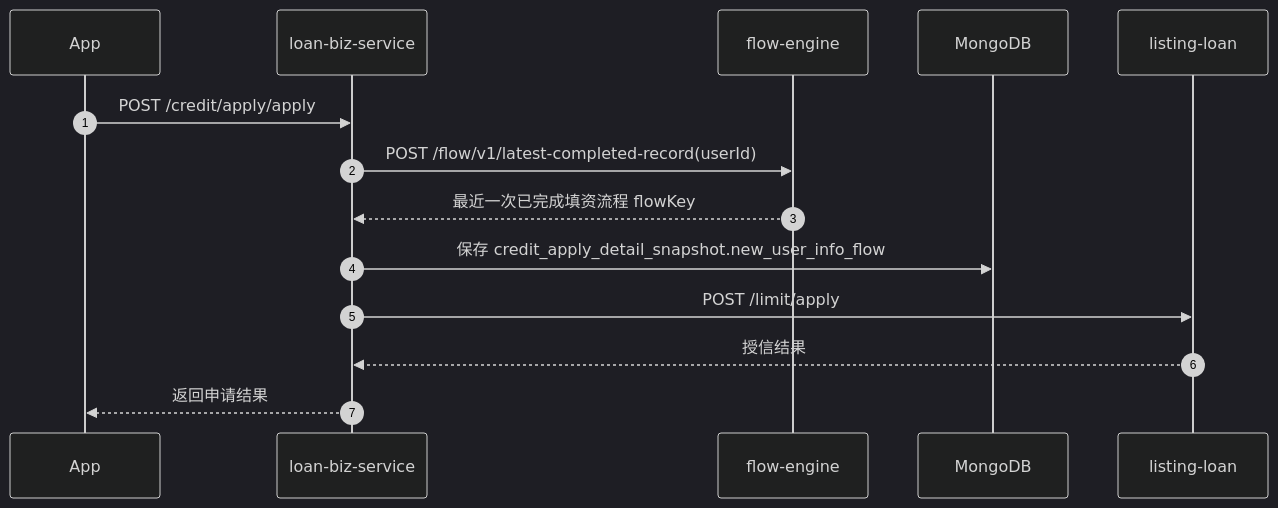
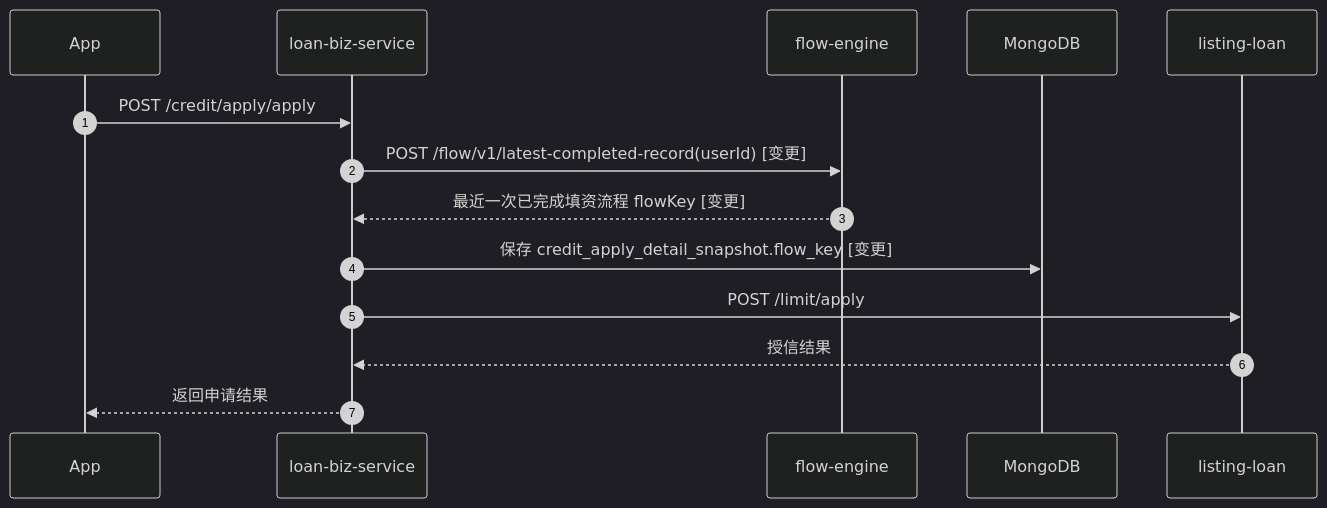
One commit to yikolemon/mgm-test changed the third of 3 diagrams in 戳额流程优化技术文档.md. Above: the diagram before and after it, drawn with Mermaid (dark theme). The commit also changed other lines of this file, not shown here.

````diff
--- a/戳额流程优化技术文档.md
+++ b/戳额流程优化技术文档.md
@@ -83,17 +85,17 @@
 ```mermaid
 sequenceDiagram
   autonumber
   participant App as App
   participant LoanBiz as loan-biz-service
   participant FlowEngine as flow-engine
   participant Mongo as MongoDB
   participant Listing as listing-loan
 
   App ->> LoanBiz: POST /credit/apply/apply
-  LoanBiz ->> FlowEngine: POST /flow/v1/latest-completed-record(userId)
-  FlowEngine -->> LoanBiz: 最近一次已完成填资流程 flowKey
-  LoanBiz ->> Mongo: 保存 credit_apply_detail_snapshot.new_user_info_flow
+  LoanBiz ->> FlowEngine: POST /flow/v1/latest-completed-record(userId) [变更]
+  FlowEngine -->> LoanBiz: 最近一次已完成填资流程 flowKey [变更]
+  LoanBiz ->> Mongo: 保存 credit_apply_detail_snapshot.flow_key [变更]
   LoanBiz ->> Listing: POST /limit/apply
   Listing -->> LoanBiz: 授信结果
   LoanBiz -->> App: 返回申请结果
 ```
````
